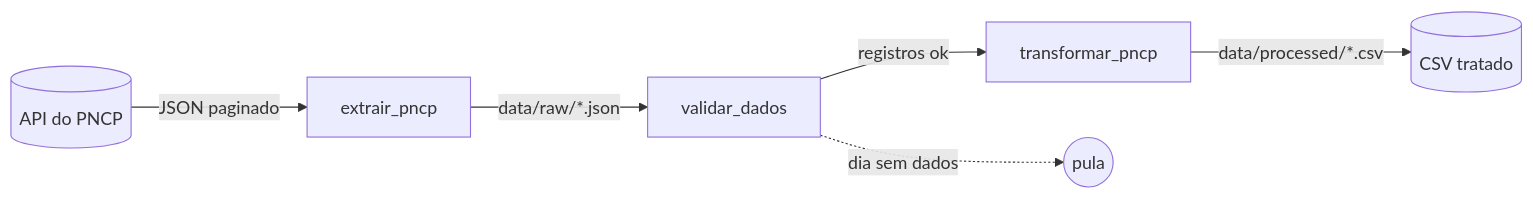
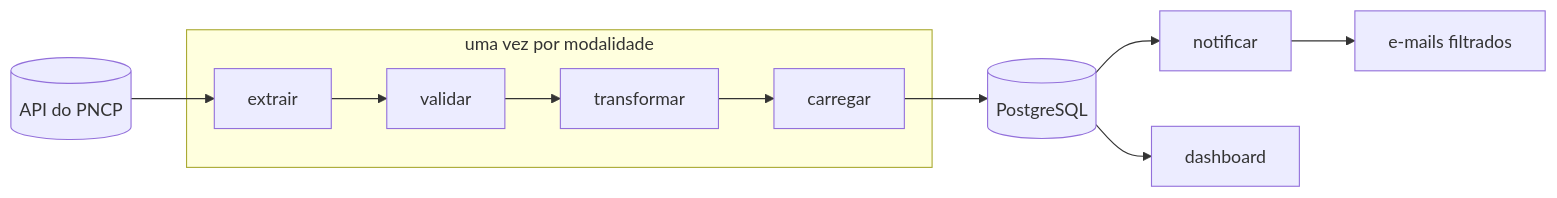
The diagram in README.md (HenriqueLopes741/Radar-de-Licitacoes), drawn with Mermaid before and after one commit. The commit also changed other lines of this file and 4 other files, not shown here.

````diff
--- a/README.md
+++ b/README.md
@@ -5,8 +24,12 @@
 ```mermaid
 flowchart LR
-    API[(API do PNCP)] -->|JSON paginado| E[extrair_pncp]
-    E -->|data/raw/*.json| V[validar_dados]
-    V -->|registros ok| T[transformar_pncp]
-    V -.->|dia sem dados| S((pula))
-    T -->|data/processed/*.csv| CSV[(CSV tratado)]
+    API[(API do PNCP)] --> E
+
+    subgraph M["uma vez por modalidade"]
+        E[extrair] --> V[validar] --> T[transformar] --> C[carregar]
+    end
+
+    C --> DB[(PostgreSQL)]
+    DB --> N[notificar] --> EM[e-mails filtrados]
+    DB --> D[dashboard]
 ```
````
